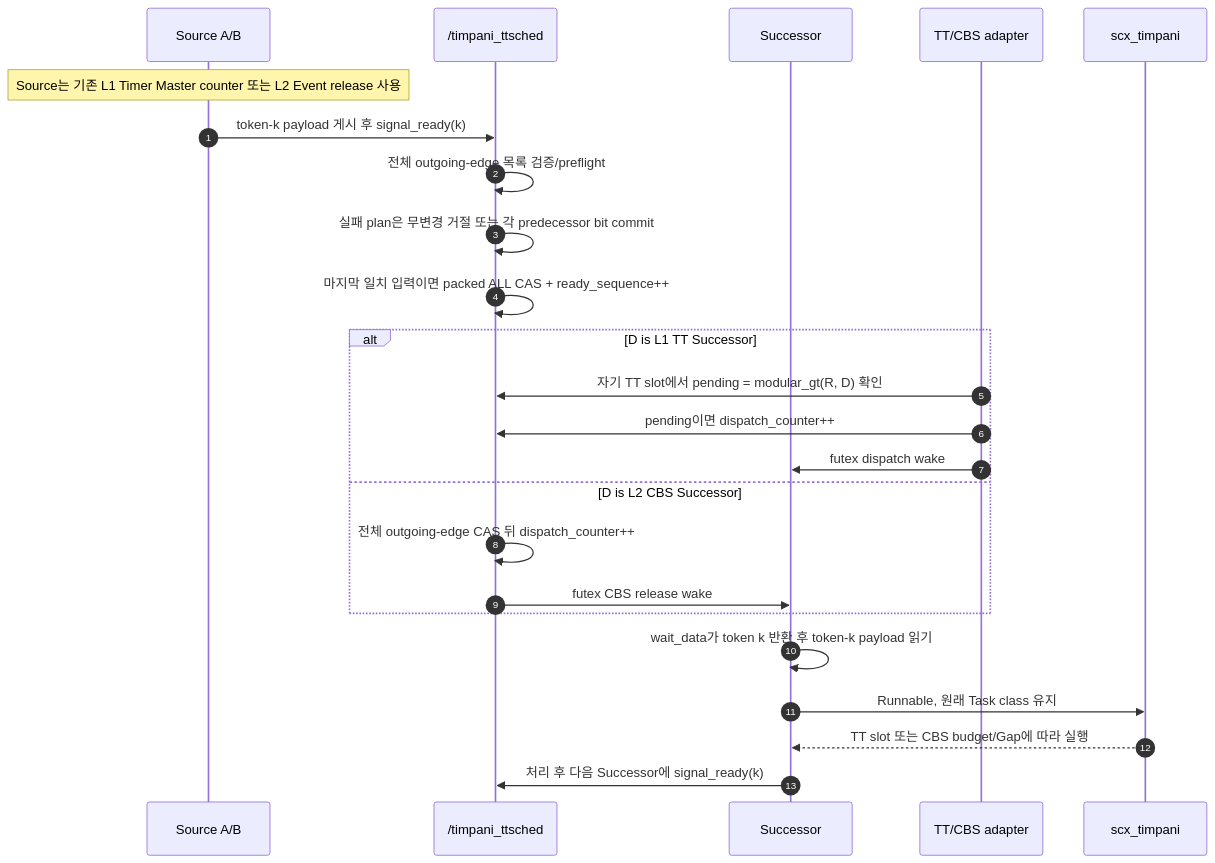
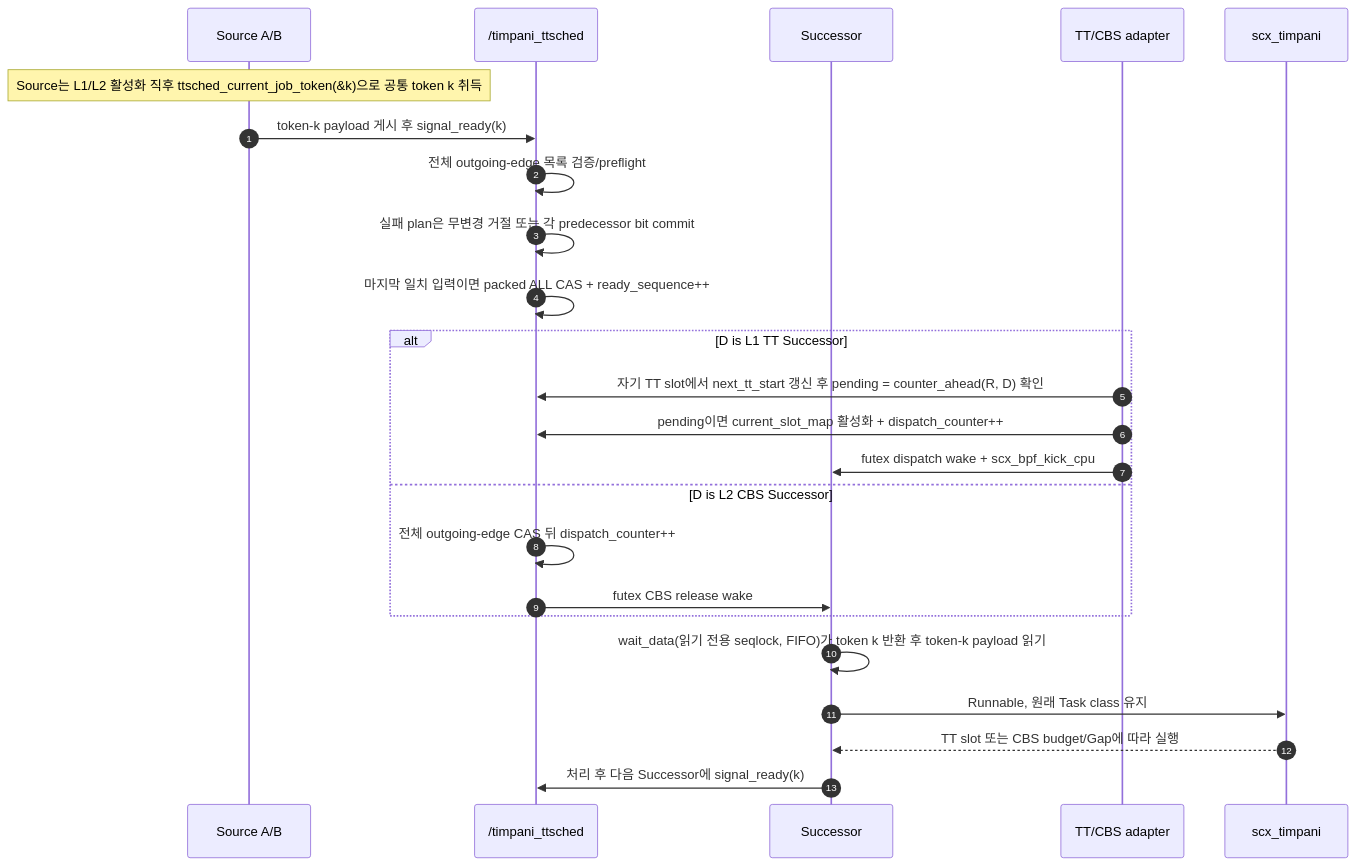
The third of 4 diagrams in doc/design/kor/HLD-009-data-driven-workload.md (akshayg0314/timpani26), drawn with Mermaid before and after one commit. The commit also changed other lines of this file and 5 other files, not shown here.

````diff
--- a/doc/design/kor/HLD-009-data-driven-workload.md
+++ b/doc/design/kor/HLD-009-data-driven-workload.md
@@ -115,27 +116,27 @@
 ```mermaid
 sequenceDiagram
     autonumber
     participant P as Source A/B
     participant SHM as /timpani_ttsched
     participant D as Successor
     participant A as TT/CBS adapter
     participant BPF as scx_timpani
 
-    Note over P: Source는 기존 L1 Timer Master counter 또는 L2 Event release 사용
+    Note over P: Source는 L1/L2 활성화 직후 ttsched_current_job_token(&k)으로 공통 token k 취득
     P->>SHM: token-k payload 게시 후 signal_ready(k)
     SHM->>SHM: 전체 outgoing-edge 목록 검증/preflight
     SHM->>SHM: 실패 plan은 무변경 거절 또는 각 predecessor bit commit
     SHM->>SHM: 마지막 일치 입력이면 packed ALL CAS + ready_sequence++
     alt D is L1 TT Successor
-        A->>SHM: 자기 TT slot에서 pending = modular_gt(R, D) 확인
-        A->>SHM: pending이면 dispatch_counter++
-        A->>D: futex dispatch wake
+        A->>SHM: 자기 TT slot에서 next_tt_start 갱신 후 pending = counter_ahead(R, D) 확인
+        A->>SHM: pending이면 current_slot_map 활성화 + dispatch_counter++
+        A->>D: futex dispatch wake + scx_bpf_kick_cpu
     else D is L2 CBS Successor
         SHM->>SHM: 전체 outgoing-edge CAS 뒤 dispatch_counter++
         SHM->>D: futex CBS release wake
     end
-    D->>D: wait_data가 token k 반환 후 token-k payload 읽기
+    D->>D: wait_data(읽기 전용 seqlock, FIFO)가 token k 반환 후 token-k payload 읽기
     D->>BPF: Runnable, 원래 Task class 유지
     BPF-->>D: TT slot 또는 CBS budget/Gap에 따라 실행
     D->>SHM: 처리 후 다음 Successor에 signal_ready(k)
 ```
````
